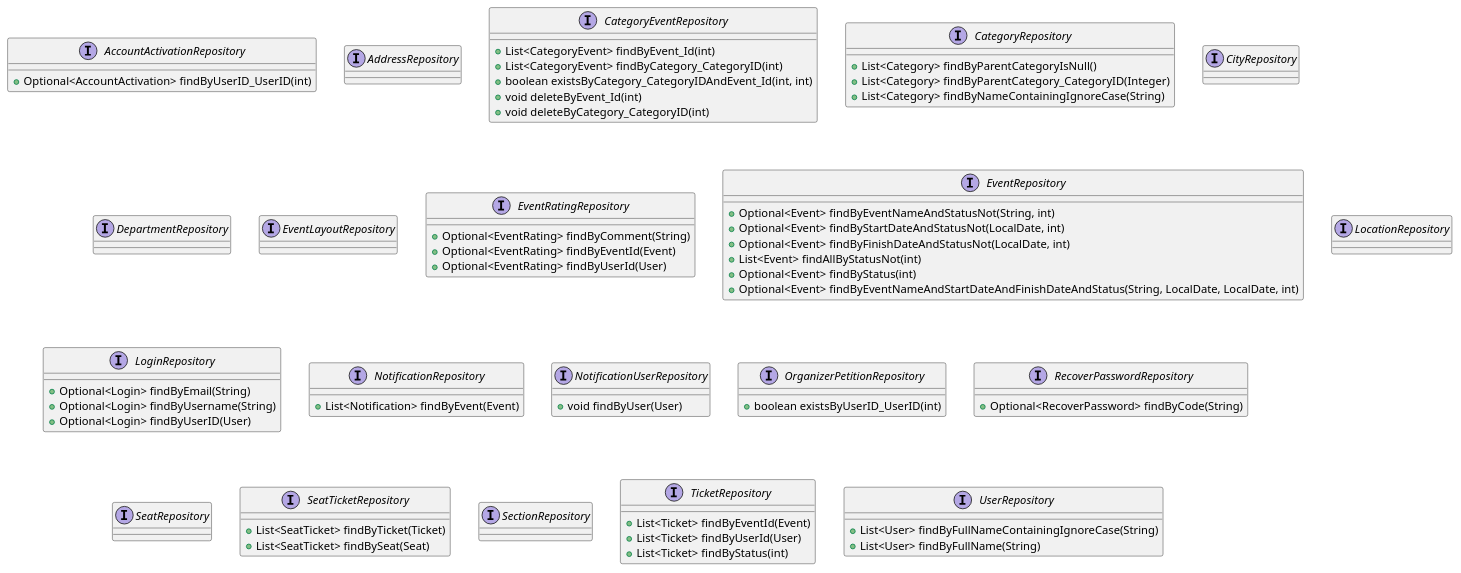
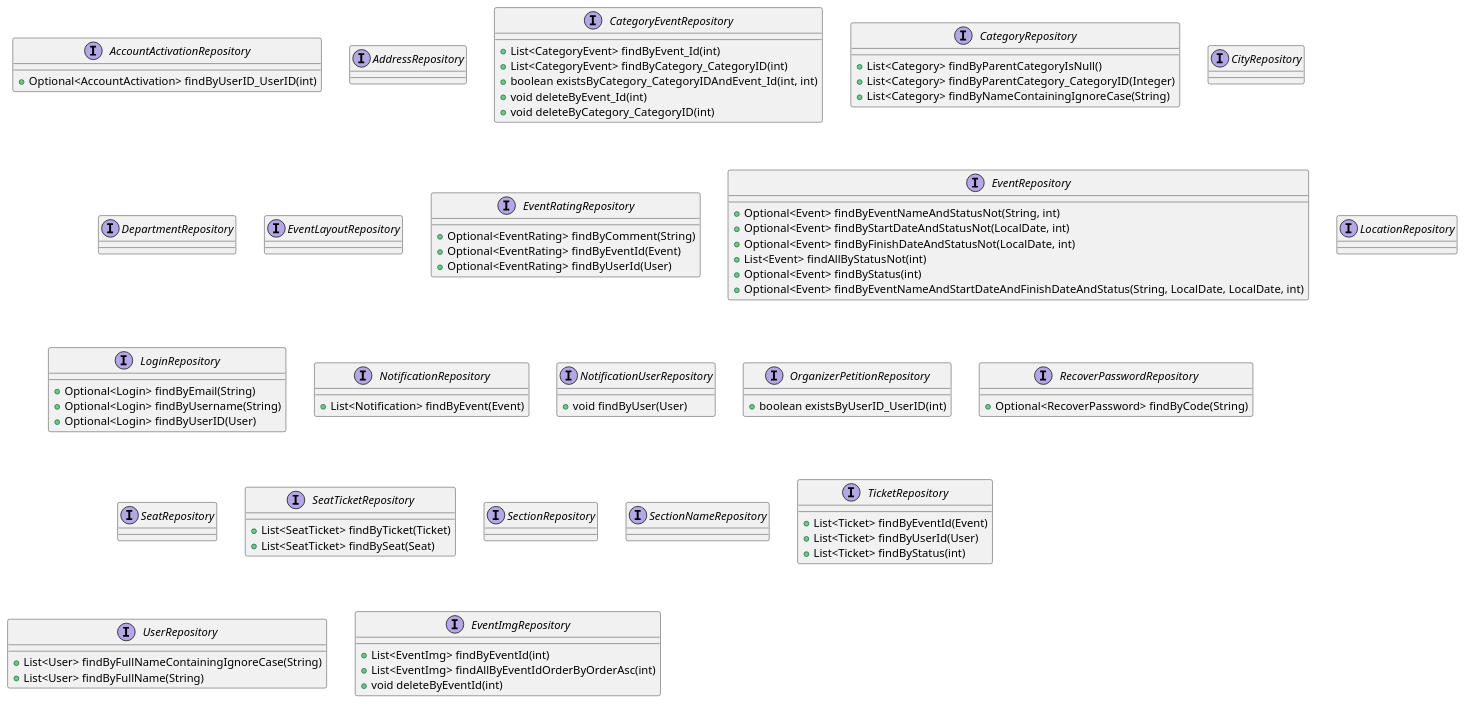
One commit to lozano2303/tu-evento changed the diagram in architecture/class diagram/class diagram repository complete.puml. Above: the diagram before and after it, drawn with PlantUML. The commit also changed 29 other files, not shown here.

Commit message:
feat(backend and web): section management in maquetation, class diagram actualization

```diff
--- a/architecture/class diagram/class diagram repository complete.puml
+++ b/architecture/class diagram/class diagram repository complete.puml
@@ -1,95 +1,104 @@
 @startuml Complete Repository Class Diagram
 
 interface AccountActivationRepository {
     + Optional<AccountActivation> findByUserID_UserID(int)
 }
 
 interface AddressRepository {
 }
 
 interface CategoryEventRepository {
     + List<CategoryEvent> findByEvent_Id(int)
     + List<CategoryEvent> findByCategory_CategoryID(int)
     + boolean existsByCategory_CategoryIDAndEvent_Id(int, int)
     + void deleteByEvent_Id(int)
     + void deleteByCategory_CategoryID(int)
 }
 
 interface CategoryRepository {
     + List<Category> findByParentCategoryIsNull()
     + List<Category> findByParentCategory_CategoryID(Integer)
     + List<Category> findByNameContainingIgnoreCase(String)
 }
 
 interface CityRepository {
 }
 
 interface DepartmentRepository {
 }
 
 interface EventLayoutRepository {
 }
 
 interface EventRatingRepository {
     + Optional<EventRating> findByComment(String)
     + Optional<EventRating> findByEventId(Event)
     + Optional<EventRating> findByUserId(User)
 }
 
 interface EventRepository {
     + Optional<Event> findByEventNameAndStatusNot(String, int)
     + Optional<Event> findByStartDateAndStatusNot(LocalDate, int)
     + Optional<Event> findByFinishDateAndStatusNot(LocalDate, int)
     + List<Event> findAllByStatusNot(int)
     + Optional<Event> findByStatus(int)
     + Optional<Event> findByEventNameAndStartDateAndFinishDateAndStatus(String, LocalDate, LocalDate, int)
 }
 
 interface LocationRepository {
 }
 
 interface LoginRepository {
     + Optional<Login> findByEmail(String)
     + Optional<Login> findByUsername(String)
     + Optional<Login> findByUserID(User)
 }
 
 interface NotificationRepository {
     + List<Notification> findByEvent(Event)
 }
 
 interface NotificationUserRepository {
     + void findByUser(User)
 }
 
 interface OrganizerPetitionRepository {
     + boolean existsByUserID_UserID(int)
 }
 
 interface RecoverPasswordRepository {
     + Optional<RecoverPassword> findByCode(String)
 }
 
 interface SeatRepository {
 }
 
 interface SeatTicketRepository {
     + List<SeatTicket> findByTicket(Ticket)
     + List<SeatTicket> findBySeat(Seat)
 }
 
 interface SectionRepository {
 }
 
+interface SectionNameRepository {
+}
+
 interface TicketRepository {
     + List<Ticket> findByEventId(Event)
     + List<Ticket> findByUserId(User)
     + List<Ticket> findByStatus(int)
 }
 
 interface UserRepository {
     + List<User> findByFullNameContainingIgnoreCase(String)
     + List<User> findByFullName(String)
 }
 
+interface EventImgRepository {
+    + List<EventImg> findByEventId(int)
+    + List<EventImg> findAllByEventIdOrderByOrderAsc(int)
+    + void deleteByEventId(int)
+}
+
 @enduml
```
